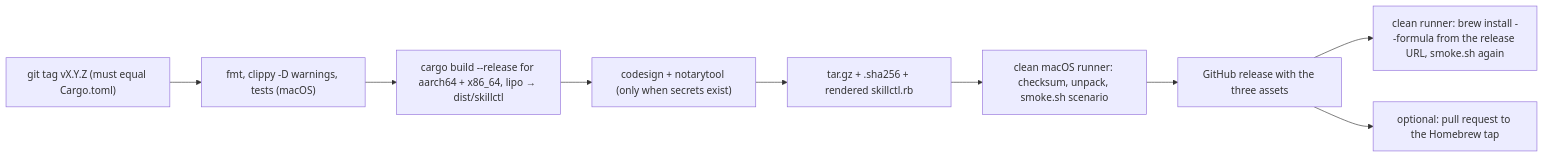
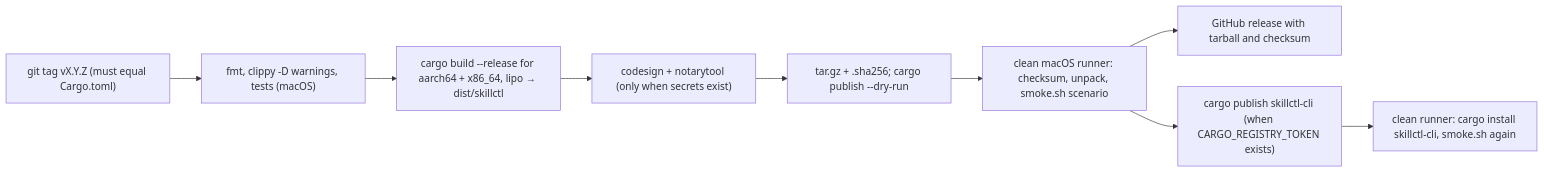
Before and after one commit to abindran/skillctl: the fifth of 5 diagrams in wiki/Architecture.md, drawn with Mermaid. The commit also changed other lines of this file and 6 other files, not shown here.

First line of the commit message:
Publish to crates.io instead of Homebrew

````diff
--- a/wiki/Architecture.md
+++ b/wiki/Architecture.md
@@ -141,11 +141,11 @@
 ```mermaid
 flowchart LR
     Tag["git tag vX.Y.Z (must equal Cargo.toml)"] --> Checks["fmt, clippy -D warnings, tests (macOS)"]
     Checks --> Build["cargo build --release for aarch64 + x86_64, lipo → dist/skillctl"]
     Build --> Sign["codesign + notarytool (only when secrets exist)"]
-    Sign --> Pack["tar.gz + .sha256 + rendered skillctl.rb"]
+    Sign --> Pack["tar.gz + .sha256; cargo publish --dry-run"]
     Pack --> Verify["clean macOS runner: checksum, unpack, smoke.sh scenario"]
-    Verify --> Release["GitHub release with the three assets"]
-    Release --> Formula["clean runner: brew install --formula from the release URL, smoke.sh again"]
-    Release --> Tap["optional: pull request to the Homebrew tap"]
+    Verify --> Release["GitHub release with tarball and checksum"]
+    Verify --> Crate["cargo publish skillctl-cli (when CARGO_REGISTRY_TOKEN exists)"]
+    Crate --> Check["clean runner: cargo install skillctl-cli, smoke.sh again"]
 ```
````
